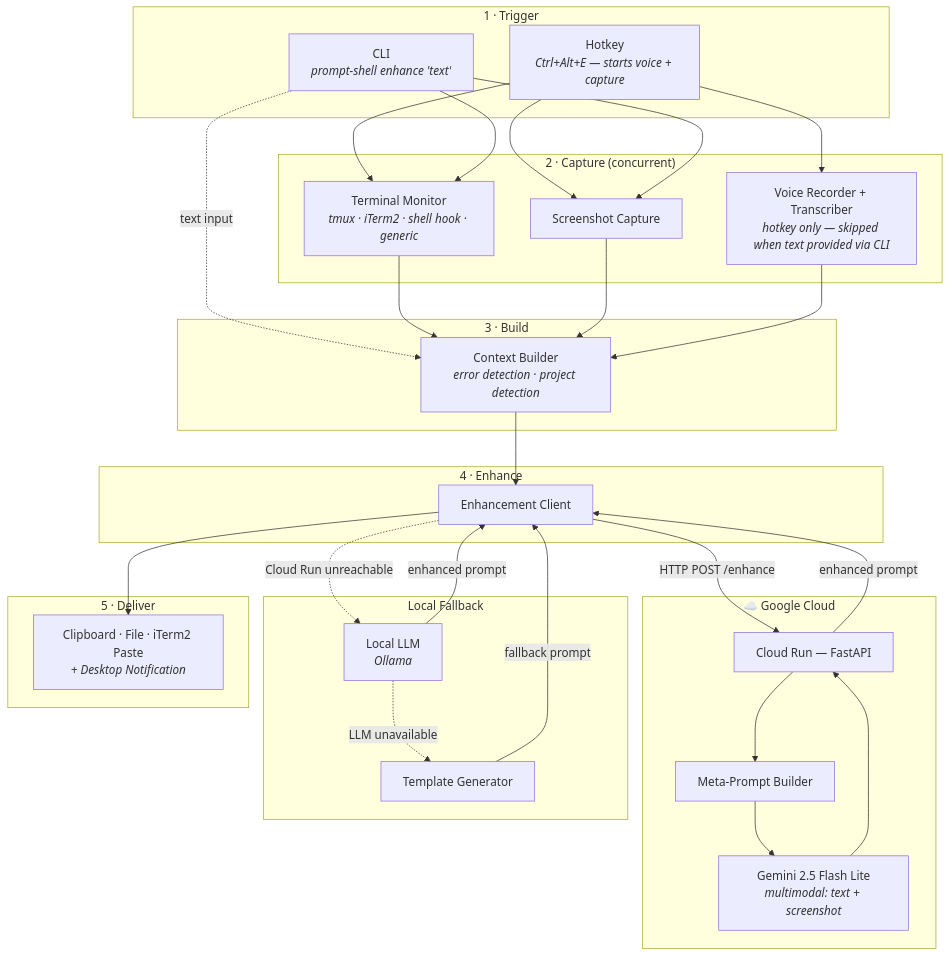
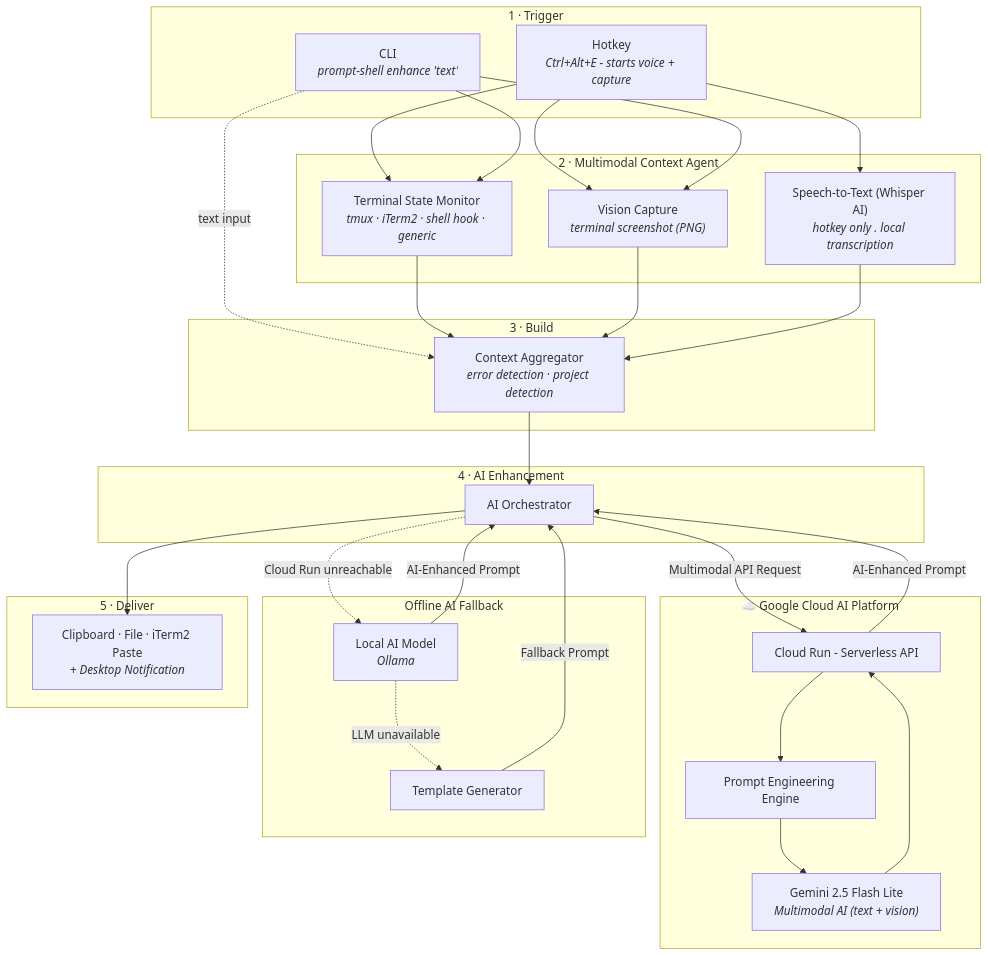
The first of 9 diagrams in docs/system_design.md (VinnyBabuManjaly/PromptShell), drawn with Mermaid before and after one commit. The commit also changed other lines of this file and 5 other files, not shown here.

First line of the commit message:
Update documentation with enhanced architecture diagrams and improved terminology

````diff
--- a/docs/system_design.md
+++ b/docs/system_design.md
@@ -4,59 +4,59 @@
 ```mermaid
 flowchart TB
     subgraph INPUT["1 · Trigger"]
-        HK["Hotkey<br/><i>Ctrl+Alt+E — starts voice + capture</i>"]
+        HK["Hotkey<br/><i>Ctrl+Alt+E - starts voice + capture</i>"]
         CLI["CLI<br/><i>prompt-shell enhance 'text'</i>"]
     end
 
-    subgraph CAPTURE["2 · Capture (concurrent)"]
-        TM["Terminal Monitor<br/><i>tmux · iTerm2 · shell hook · generic</i>"]
-        SS["Screenshot Capture"]
-        VR["Voice Recorder + Transcriber<br/><i>hotkey only — skipped when text provided via CLI</i>"]
+    subgraph CAPTURE["2 · Multimodal Context Agent"]
+        TM["Terminal State Monitor<br/><i>tmux · iTerm2 · shell hook · generic</i>"]
+        SS["Vision Capture<br/><i>terminal screenshot (PNG)</i>"]
+        VR["Speech-to-Text (Whisper AI)<br/><i>hotkey only . local transcription</i>"]
     end
 
     subgraph BUILD["3 · Build"]
-        CB["Context Builder<br/><i>error detection · project detection</i>"]
+        CB["Context Aggregator<br/><i>error detection · project detection</i>"]
     end
 
-    subgraph ENHANCE["4 · Enhance"]
-        EC["Enhancement Client"]
+    subgraph ENHANCE["4 · AI Enhancement"]
+        EC["AI Orchestrator"]
     end
 
-    subgraph GCP["☁️ Google Cloud"]
-        CR["Cloud Run — FastAPI"]
-        PB["Meta-Prompt Builder"]
-        GM["Gemini 2.5 Flash Lite<br/><i>multimodal: text + screenshot</i>"]
+    subgraph GCP["☁️ Google Cloud AI Platform"]
+        CR["Cloud Run - Serverless API"]
+        PB["Prompt Engineering Engine"]
+        GM["Gemini 2.5 Flash Lite<br/><i>Multimodal AI (text + vision)</i>"]
     end
 
-    subgraph FALLBACK["Local Fallback"]
-        LLM["Local LLM<br/><i>Ollama</i>"]
+    subgraph FALLBACK["Offline AI Fallback"]
+        LLM["Local AI Model<br/><i>Ollama</i>"]
         TPL["Template Generator"]
     end
 
     subgraph OUTPUT["5 · Deliver"]
         DL["Clipboard · File · iTerm2 Paste<br/><i>+ Desktop Notification</i>"]
     end
 
     HK --> TM & SS & VR
     CLI --> TM & SS
     CLI -. "text input" .-> CB
 
     TM --> CB
     SS --> CB
     VR --> CB
 
     CB --> EC
 
-    EC -- "HTTP POST /enhance" --> CR
+    EC -- "Multimodal API Request" --> CR
     CR --> PB --> GM
     GM --> CR
-    CR -- "enhanced prompt" --> EC
+    CR -- "AI-Enhanced Prompt" --> EC
 
     EC -. "Cloud Run unreachable" .-> LLM
     LLM -. "LLM unavailable" .-> TPL
 
-    LLM -- "enhanced prompt" --> EC
-    TPL -- "fallback prompt" --> EC
+    LLM -- "AI-Enhanced Prompt" --> EC
+    TPL -- "Fallback Prompt" --> EC
 
     EC --> DL
 ```
````
